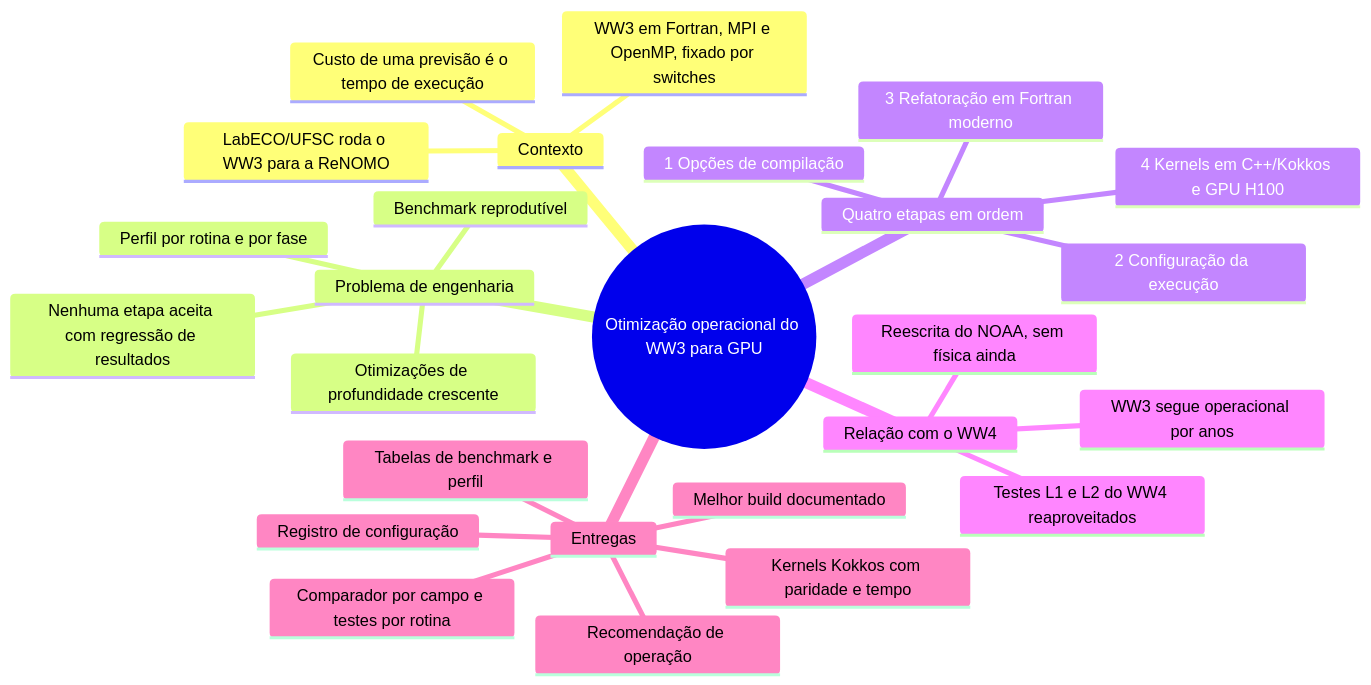
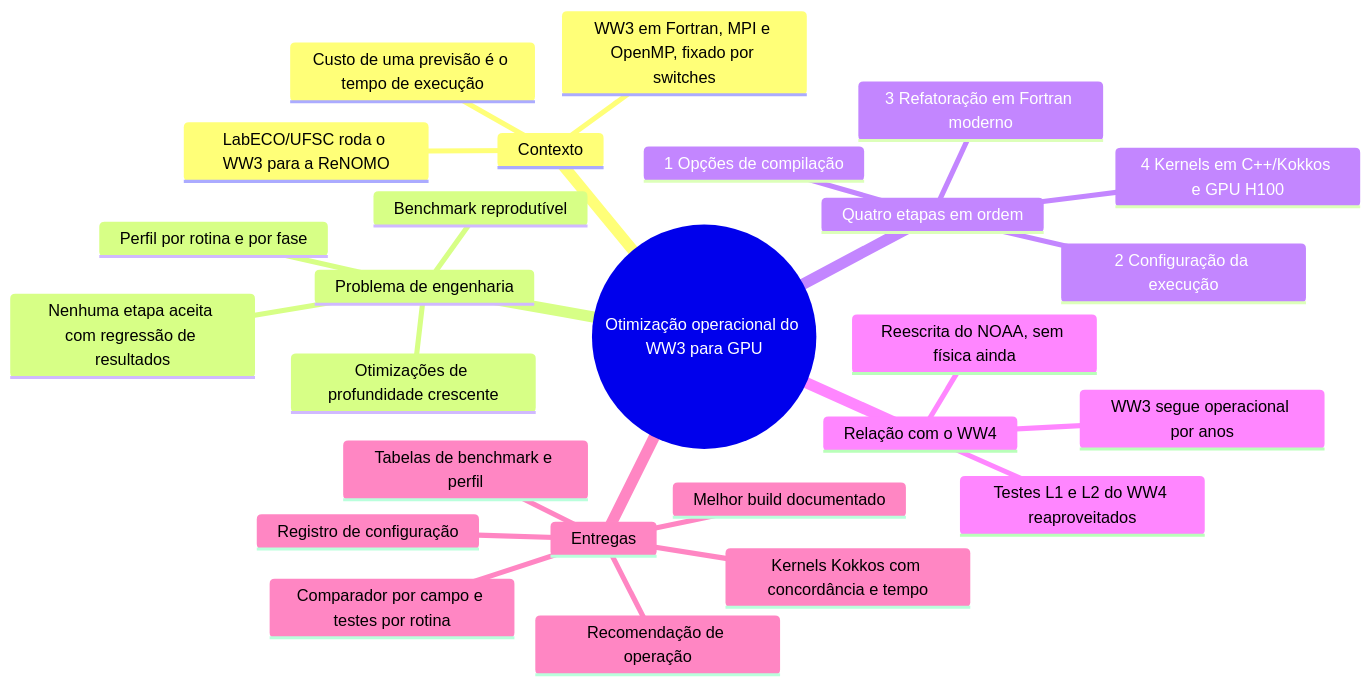
One commit to h0ffmann/ww3-gpu changed the first of 8 diagrams in pubs/proposal/mapas-mentais.pt.md. Above: the diagram before and after it, drawn with Mermaid. The commit also changed other lines of this file and 17 other files, not shown here.

````diff
--- a/pubs/proposal/mapas-mentais.pt.md
+++ b/pubs/proposal/mapas-mentais.pt.md
@@ -8,29 +8,29 @@
 ```mermaid
 mindmap
   root((Otimização operacional do WW3 para GPU))
     Contexto
       LabECO/UFSC roda o WW3 para a ReNOMO
       Custo de uma previsão é o tempo de execução
       WW3 em Fortran, MPI e OpenMP, fixado por switches
     Problema de engenharia
       Benchmark reprodutível
       Perfil por rotina e por fase
       Otimizações de profundidade crescente
       Nenhuma etapa aceita com regressão de resultados
     Quatro etapas em ordem
       1 Opções de compilação
       2 Configuração da execução
       3 Refatoração em Fortran moderno
       4 Kernels em C++/Kokkos e GPU H100
     Relação com o WW4
       Reescrita do NOAA, sem física ainda
       WW3 segue operacional por anos
       Testes L1 e L2 do WW4 reaproveitados
     Entregas
       Registro de configuração
       Tabelas de benchmark e perfil
       Melhor build documentado
       Comparador por campo e testes por rotina
-      Kernels Kokkos com paridade e tempo
+      Kernels Kokkos com concordância e tempo
       Recomendação de operação
 ```
````
